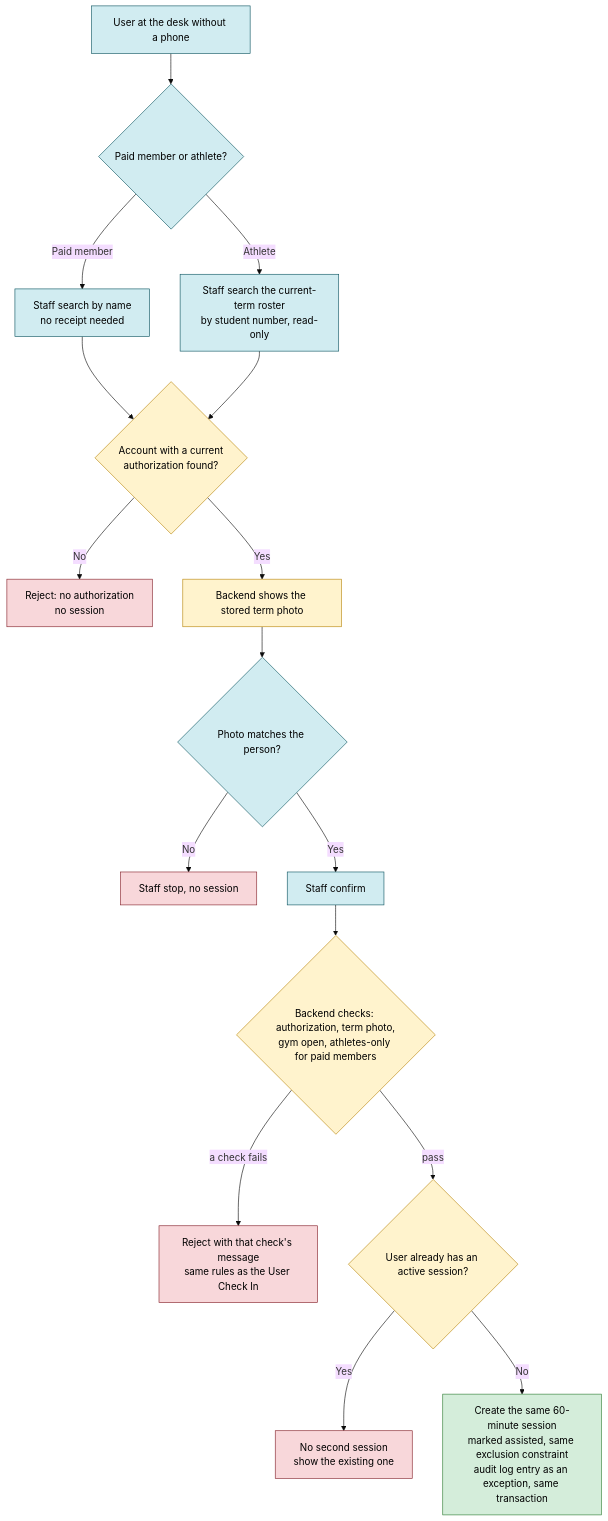
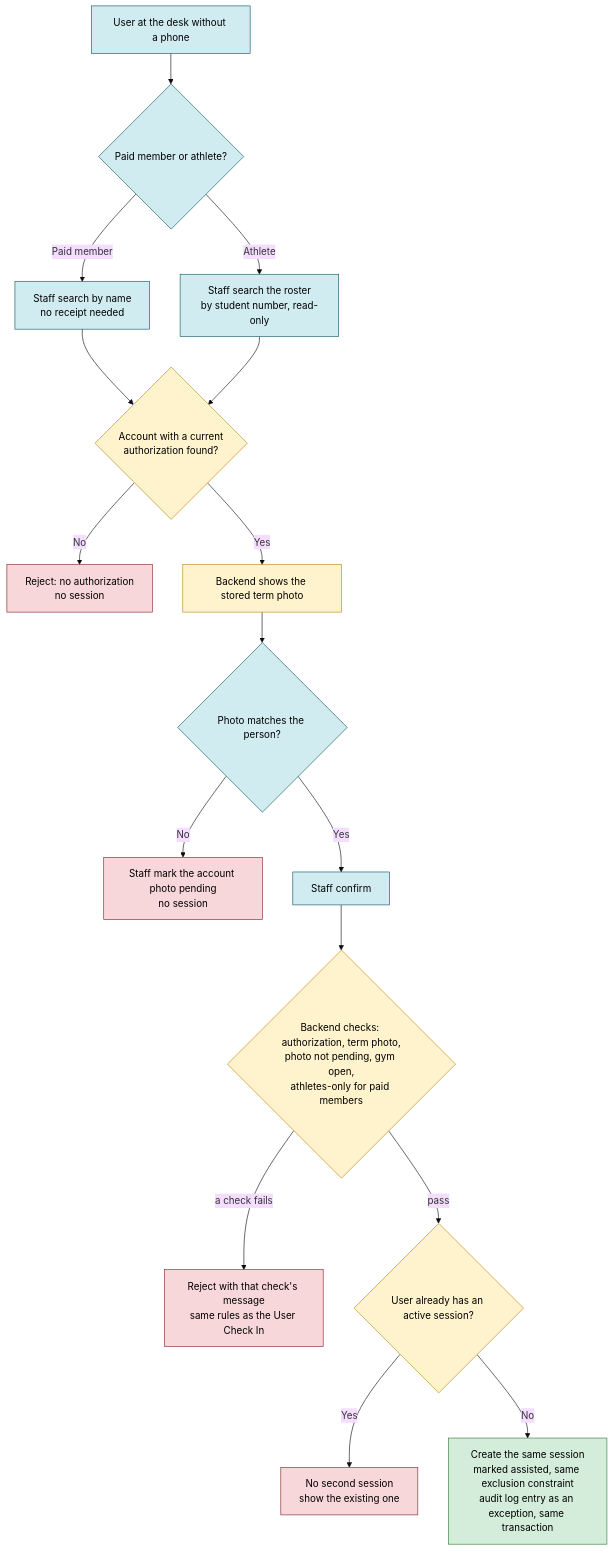
The fifth of 12 diagrams in docs/design/check-in-flows.md (Th3-Minorities/natatorio-gym-app), drawn with Mermaid (base theme) before and after one commit. The commit also changed other lines of this file and 8 other files, not shown here.

Commit message:
Update the SRS and design docs for personal staff accounts, check-out, one roster, store sync and the other meeting decisions

````diff
--- a/docs/design/check-in-flows.md
+++ b/docs/design/check-in-flows.md
@@ -167,27 +176,27 @@
 ```mermaid
 flowchart TD
   A["User at the desk without a phone"] --> T{"Paid member or athlete?"}
   T -- "Paid member" --> N["Staff search by name<br/>no receipt needed"]
-  T -- "Athlete" --> SN["Staff search the current-term roster<br/>by student number, read-only"]
+  T -- "Athlete" --> SN["Staff search the roster<br/>by student number, read-only"]
   N --> F{"Account with a current<br/>authorization found?"}
   SN --> F
   F -- "No" --> X1["Reject: no authorization<br/>no session"]
   F -- "Yes" --> PH["Backend shows the stored term photo"]
   PH --> M{"Photo matches the person?"}
-  M -- "No" --> X2["Staff stop, no session"]
+  M -- "No" --> X2["Staff mark the account photo pending<br/>no session"]
   M -- "Yes" --> C["Staff confirm"]
-  C --> RC{"Backend checks: authorization, term photo,<br/>gym open, athletes-only for paid members"}
+  C --> RC{"Backend checks: authorization, term photo,<br/>photo not pending, gym open,<br/>athletes-only for paid members"}
   RC -- "a check fails" --> X3["Reject with that check's message<br/>same rules as the User Check In"]
   RC -- "pass" --> AS{"User already has an active session?"}
   AS -- "Yes" --> X4["No second session<br/>show the existing one"]
-  AS -- "No" --> OK["Create the same 60-minute session<br/>marked assisted, same exclusion constraint<br/>audit log entry as an exception, same transaction"]
+  AS -- "No" --> OK["Create the same session<br/>marked assisted, same exclusion constraint<br/>audit log entry as an exception, same transaction"]
 
   classDef staff fill:#d1ecf1,stroke:#0c5460,color:#000
   classDef back fill:#fff3cd,stroke:#b8860b,color:#000
   classDef reject fill:#f8d7da,stroke:#842029,color:#000
   classDef ok fill:#d4edda,stroke:#2e7d32,color:#000
   class A,T,N,SN,M,C staff
   class F,PH,RC,AS back
   class X1,X2,X3,X4 reject
   class OK ok
 ```
````
